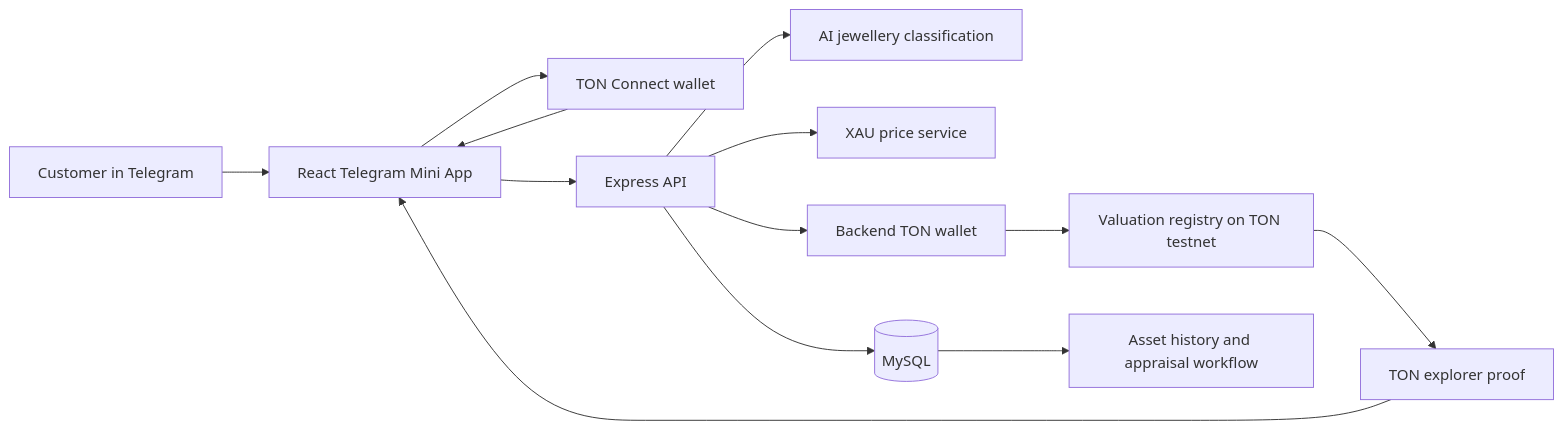
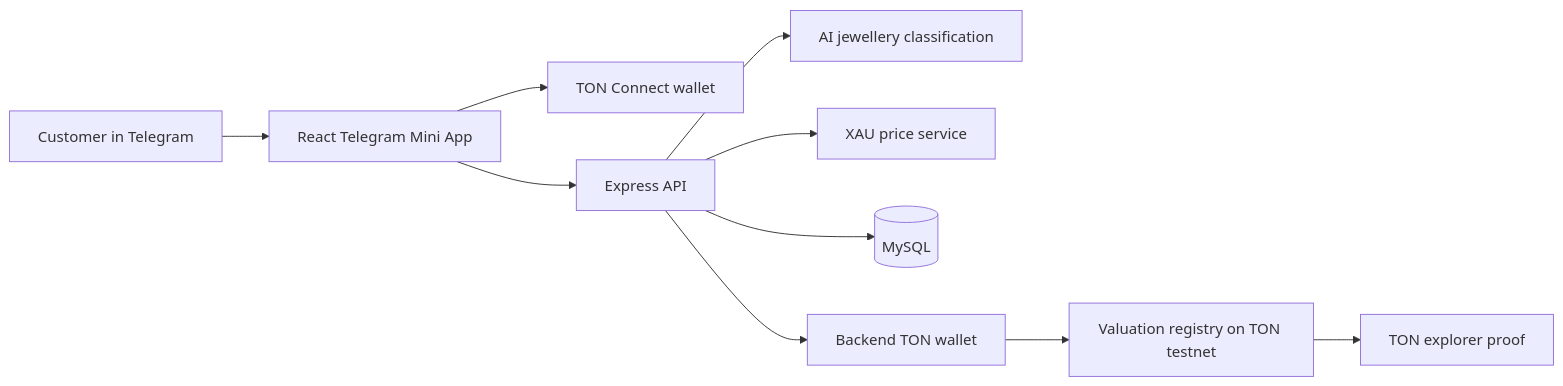
One commit to DHAHABY-COM/Dhahaby-HUB-TON changed the diagram in README.md. Above: the diagram before and after it, drawn with Mermaid. The commit also changed other lines of this file, not shown here.

````diff
--- a/README.md
+++ b/README.md
@@ -213,15 +219,12 @@
 ```mermaid
 flowchart LR
     U[Customer in Telegram] --> TWA[React Telegram Mini App]
     TWA --> TC[TON Connect wallet]
     TWA --> API[Express API]
     API --> AI[AI jewellery classification]
     API --> GOLD[XAU price service]
     API --> DB[(MySQL)]
     API --> TW[Backend TON wallet]
     TW --> REG[Valuation registry on TON testnet]
     REG --> EXP[TON explorer proof]
-    DB --> APP[Asset history and appraisal workflow]
-    TC --> TWA
-    EXP --> TWA
 ```
````
